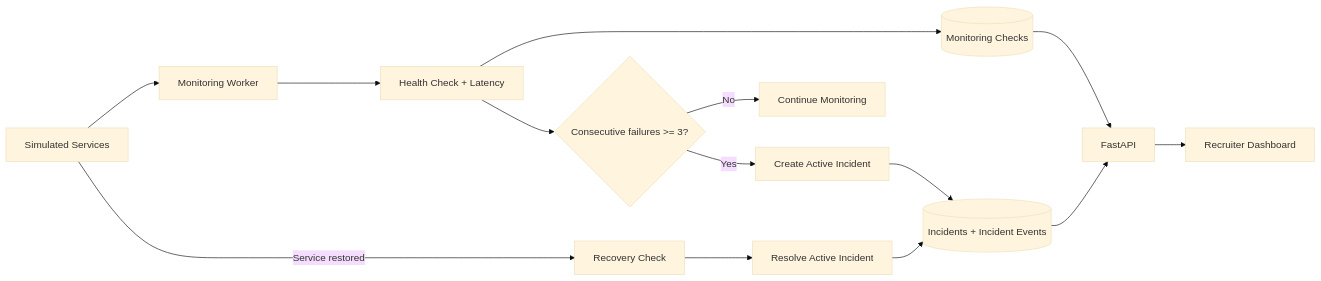
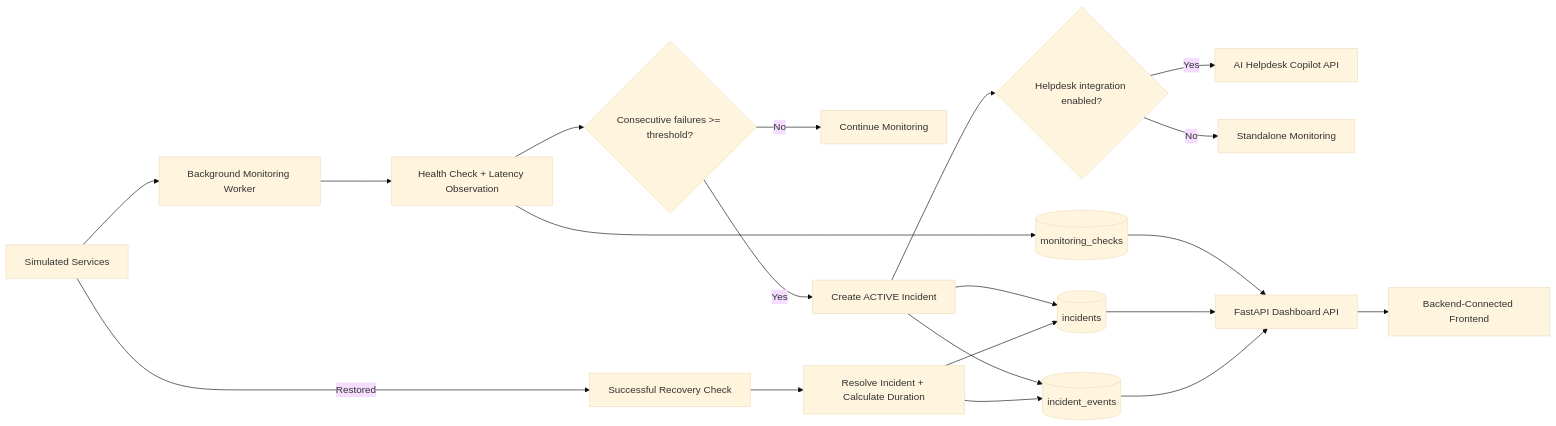
One commit to Billalhossainshishir/network-monitoring-incident-system changed the first of 2 diagrams in docs/ARCHITECTURE.md. Above: the diagram before and after it, drawn with Mermaid (base theme). The commit also changed other lines of this file, not shown here.

Commit message:
Expand full and static-demo architecture documentation

````diff
--- a/docs/ARCHITECTURE.md
+++ b/docs/ARCHITECTURE.md
@@ -3,16 +7,22 @@
 ```mermaid
 flowchart LR
-    A[Simulated Services] --> B[Monitoring Worker]
-    B --> C[Health Check + Latency]
-    C --> D[(Monitoring Checks)]
-    C --> E{Consecutive failures >= 3?}
-    E -- Yes --> F[Create Active Incident]
-    E -- No --> G[Continue Monitoring]
-    F --> H[(Incidents + Incident Events)]
-    A -->|Service restored| I[Recovery Check]
-    I --> J[Resolve Active Incident]
-    J --> H
-    D --> K[FastAPI]
-    H --> K
-    K --> L[Recruiter Dashboard]
+    A[Simulated Services] --> B[Background Monitoring Worker]
+    B --> C[Health Check + Latency Observation]
+    C --> D[(monitoring_checks)]
+    C --> E{Consecutive failures >= threshold?}
+    E -- No --> F[Continue Monitoring]
+    E -- Yes --> G[Create ACTIVE Incident]
+    G --> H[(incidents)]
+    G --> I[(incident_events)]
+    G --> J{Helpdesk integration enabled?}
+    J -- Yes --> K[AI Helpdesk Copilot API]
+    J -- No --> L[Standalone Monitoring]
+    A -->|Restored| M[Successful Recovery Check]
+    M --> N[Resolve Incident + Calculate Duration]
+    N --> H
+    N --> I
+    D --> O[FastAPI Dashboard API]
+    H --> O
+    I --> O
+    O --> P[Backend-Connected Frontend]
 ```
````
